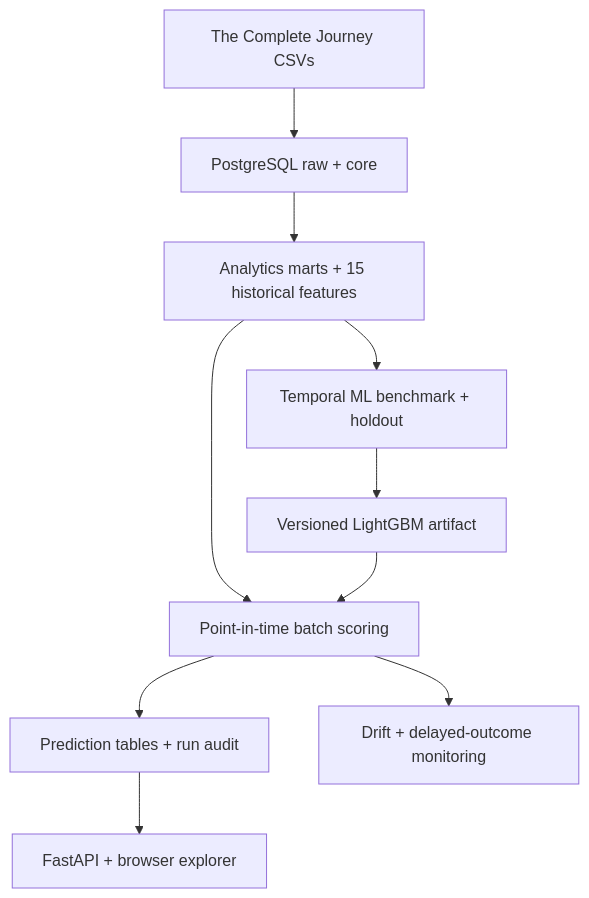
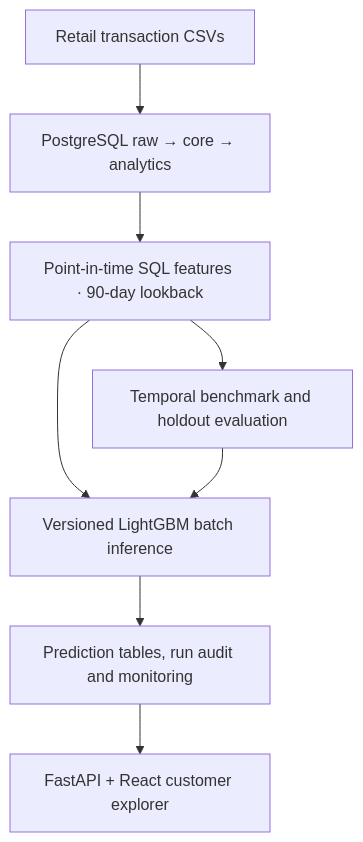
One commit to dorsakh/retail-customer-analytics changed the diagram in README.md. Above: the diagram before and after it, drawn with Mermaid. The commit also changed other lines of this file, not shown here.

````diff
--- a/README.md
+++ b/README.md
@@ -43,12 +29,10 @@
 ```mermaid
-flowchart TB
-    A["The Complete Journey CSVs"] --> B["PostgreSQL raw + core"]
-    B --> C["Analytics marts + 15 historical features"]
-    C --> D["Temporal ML benchmark + holdout"]
-    C --> E["Point-in-time batch scoring"]
-    D --> F["Versioned LightGBM artifact"]
-    F --> E
-    E --> G["Prediction tables + run audit"]
-    G --> H["FastAPI + browser explorer"]
-    E --> I["Drift + delayed-outcome monitoring"]
+flowchart TD
+    A["Retail transaction CSVs"] --> B["PostgreSQL raw → core → analytics"]
+    B --> C["Point-in-time SQL features · 90-day lookback"]
+    C --> D["Temporal benchmark and holdout evaluation"]
+    C --> E["Versioned LightGBM batch inference"]
+    D --> E
+    E --> F["Prediction tables, run audit and monitoring"]
+    F --> G["FastAPI + React customer explorer"]
 ```
````
